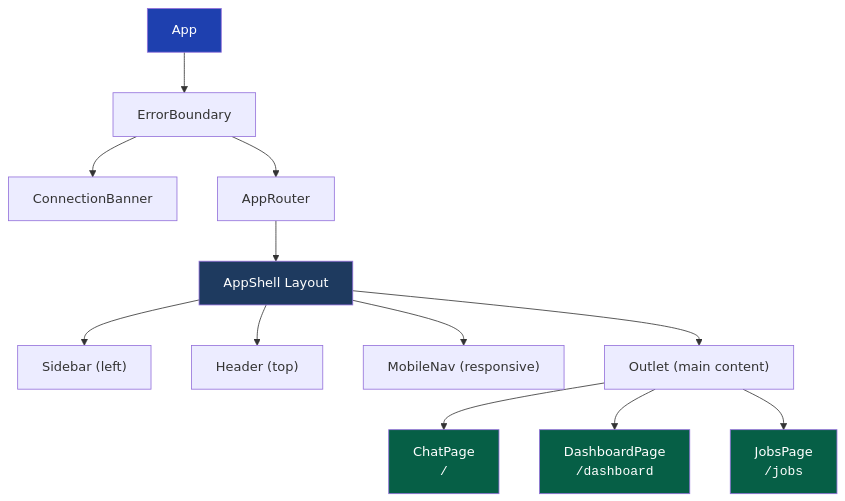
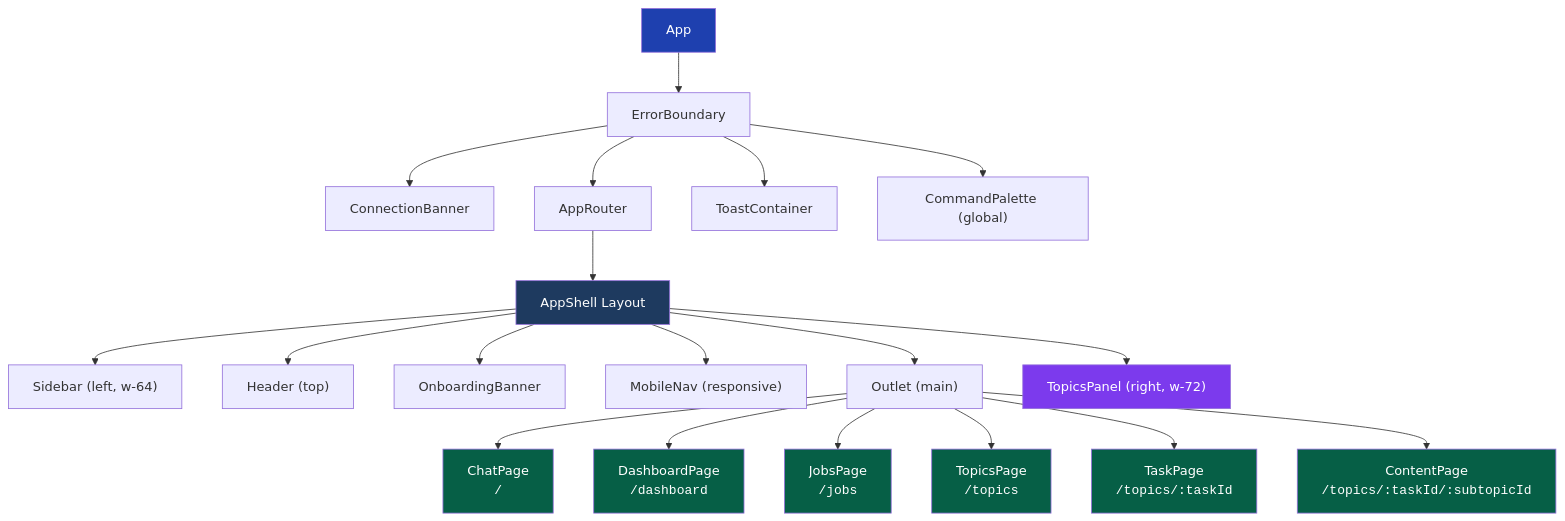
One commit to myckhel/prodigon changed the first of 4 diagrams in architecture/frontend-architecture.md. Above: the diagram before and after it, drawn with Mermaid. The commit also changed other lines of this file and 8 other files, not shown here.

Commit message:
prodigon V1: update architecture refs

````diff
--- a/architecture/frontend-architecture.md
+++ b/architecture/frontend-architecture.md
@@ -115,20 +145,31 @@
 ```mermaid
 graph TD
     A["App"] --> EB["ErrorBoundary"]
     EB --> CB["ConnectionBanner"]
     EB --> AR["AppRouter"]
+    EB --> TC["ToastContainer"]
+    EB --> GCP["CommandPalette (global)"]
     AR --> AS["AppShell Layout"]
-    AS --> SB["Sidebar (left)"]
+    AS --> SB["Sidebar (left, w-64)"]
     AS --> HD["Header (top)"]
+    AS --> OB["OnboardingBanner"]
     AS --> MN["MobileNav (responsive)"]
-    AS --> OL["Outlet (main content)"]
+    AS --> OL["Outlet (main)"]
+    AS --> TP["TopicsPanel (right, w-72)"]
     OL --> CP["ChatPage<br/><code>/</code>"]
     OL --> DP["DashboardPage<br/><code>/dashboard</code>"]
     OL --> JP["JobsPage<br/><code>/jobs</code>"]
+    OL --> TOP["TopicsPage<br/><code>/topics</code>"]
+    OL --> TKP["TaskPage<br/><code>/topics/:taskId</code>"]
+    OL --> COP["ContentPage<br/><code>/topics/:taskId/:subtopicId</code>"]
 
     style A fill:#1e40af,color:#fff
     style AS fill:#1e3a5f,color:#fff
     style CP fill:#065f46,color:#fff
     style DP fill:#065f46,color:#fff
     style JP fill:#065f46,color:#fff
+    style TOP fill:#065f46,color:#fff
+    style TKP fill:#065f46,color:#fff
+    style COP fill:#065f46,color:#fff
+    style TP fill:#7c3aed,color:#fff
 ```
````
